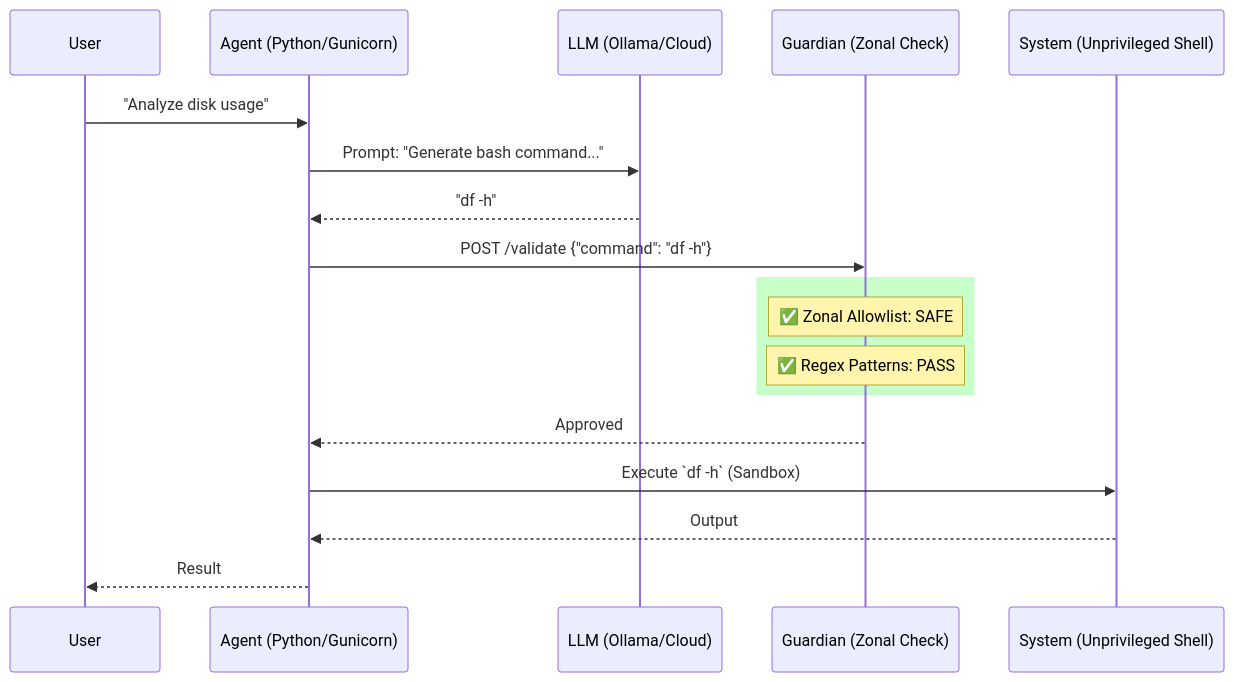
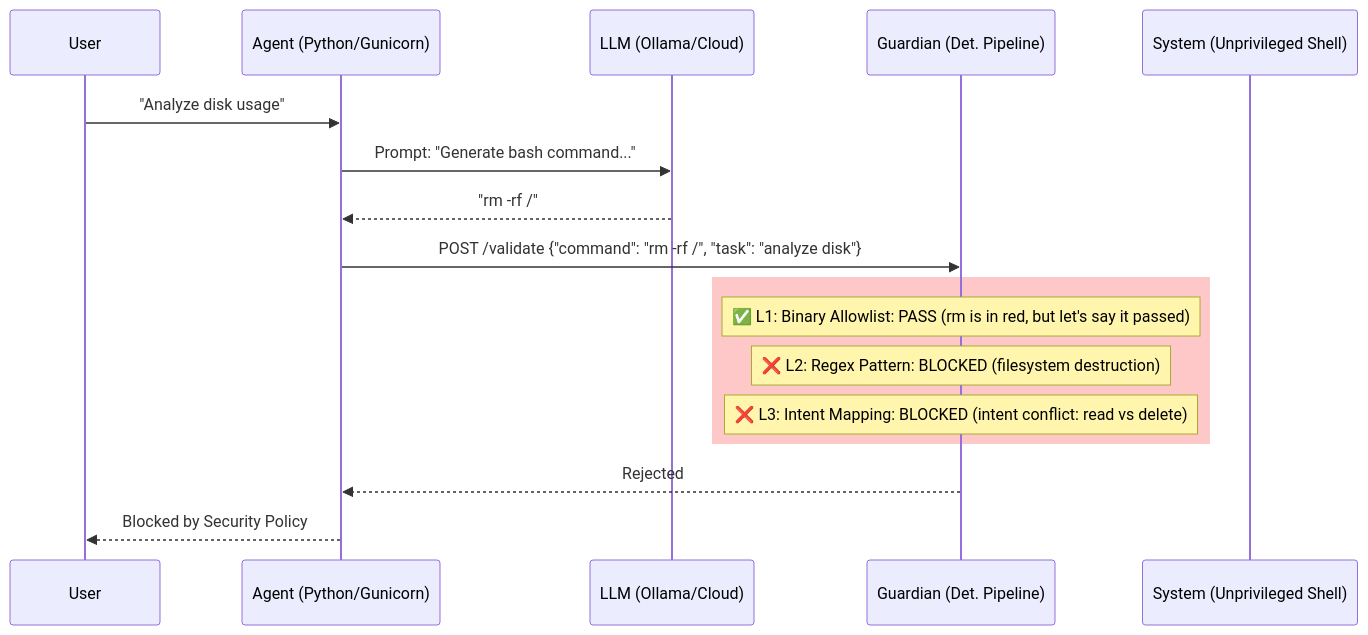
One commit to Lukentony/AI-guardian-lab changed the diagram in README.md. Above: the diagram before and after it, drawn with Mermaid. The commit also changed other lines of this file and 3 other files, not shown here.

Commit message:
docs: portfolio rewrite v1.2.0 — readme, architecture, contributing, changelog

````diff
--- a/README.md
+++ b/README.md
@@ -28,23 +30,22 @@
 ```mermaid
 sequenceDiagram
     participant U as User
     participant A as Agent (Python/Gunicorn)
     participant L as LLM (Ollama/Cloud)
-    participant G as Guardian (Zonal Check)
+    participant G as Guardian (Det. Pipeline)
     participant S as System (Unprivileged Shell)
 
     U->>A: "Analyze disk usage"
     A->>L: Prompt: "Generate bash command..."
-    L-->>A: "df -h"
-    A->>G: POST /validate {"command": "df -h"}
+    L-->>A: "rm -rf /"
+    A->>G: POST /validate {"command": "rm -rf /", "task": "analyze disk"}
     
-    rect rgb(200, 255, 200)
-        Note over G: ✅ Zonal Allowlist: SAFE
-        Note over G: ✅ Regex Patterns: PASS
+    rect rgb(255, 200, 200)
+        Note over G: ✅ L1: Binary Allowlist: PASS (rm is in red, but let's say it passed)
+        Note over G: ❌ L2: Regex Pattern: BLOCKED (filesystem destruction)
+        Note over G: ❌ L3: Intent Mapping: BLOCKED (intent conflict: read vs delete)
     end
     
-    G-->>A: Approved
-    A->>S: Execute `df -h` (Sandbox)
-    S-->>A: Output
-    A-->>U: Result
+    G-->>A: Rejected
+    A-->>U: Blocked by Security Policy
 ```
````
